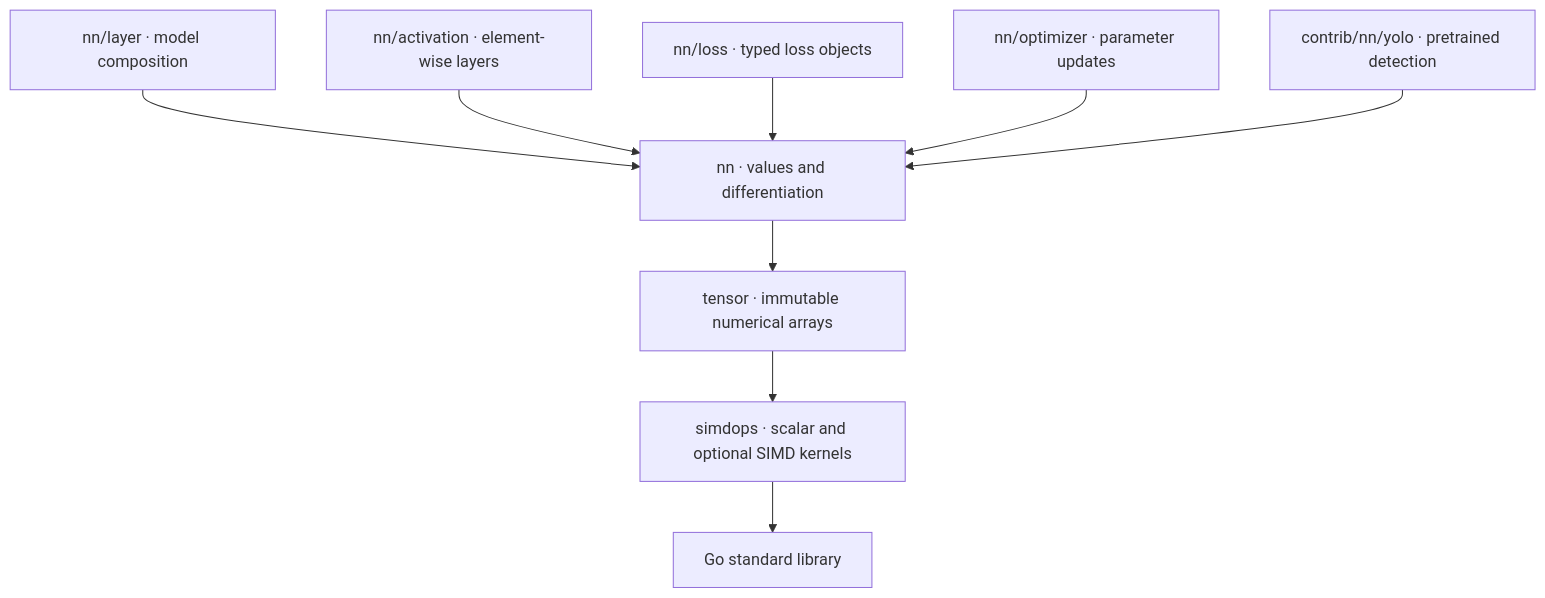
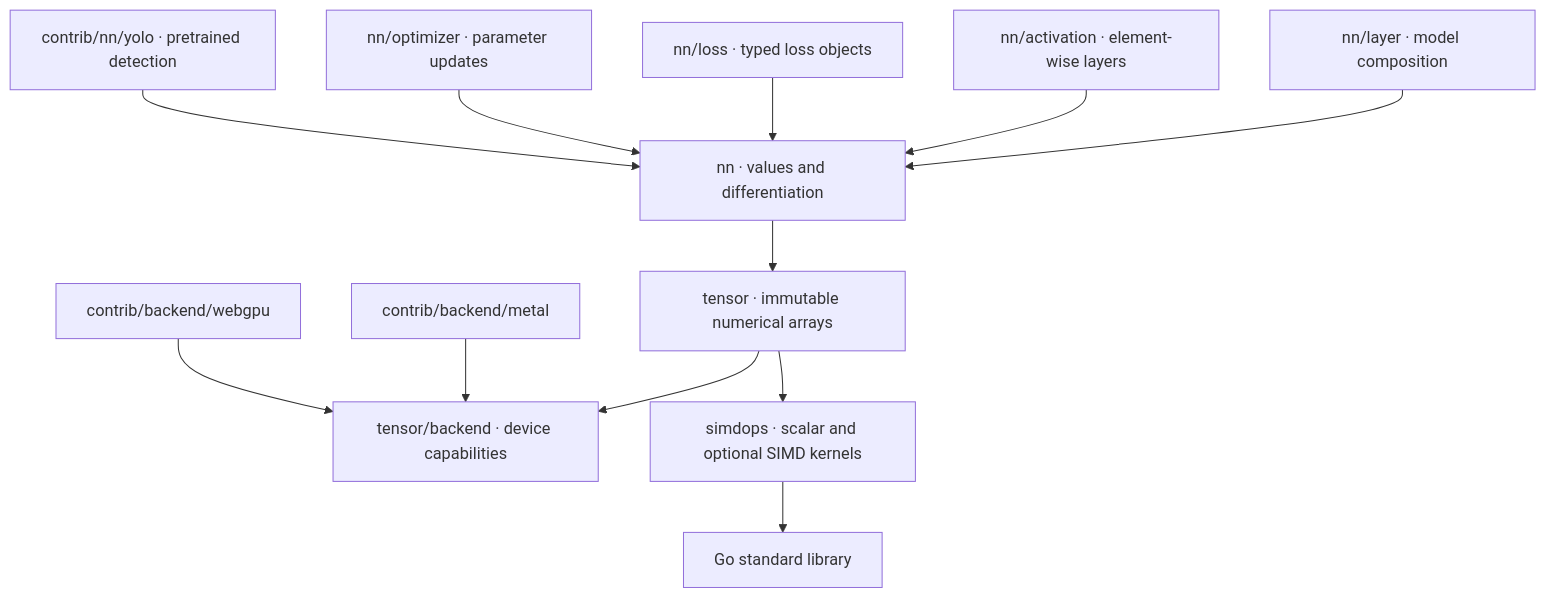
The diagram in README.md (bpradana/goml), drawn with Mermaid before and after one commit. The commit also changed other lines of this file and 16 other files, not shown here.

Commit message:
docs(webgpu): add backend guide logo and validation report

````diff
--- a/README.md
+++ b/README.md
@@ -140,11 +142,14 @@
 ```mermaid
 flowchart TD
     Layer["nn/layer · model composition"] --> NN["nn · values and differentiation"]
     Activation["nn/activation · element-wise layers"] --> NN
     Loss["nn/loss · typed loss objects"] --> NN
     Optimizer["nn/optimizer · parameter updates"] --> NN
     YOLO["contrib/nn/yolo · pretrained detection"] --> NN
     NN --> Tensor["tensor · immutable numerical arrays"]
+    Tensor --> Contract["tensor/backend · device capabilities"]
+    Metal["contrib/backend/metal"] --> Contract
+    WebGPU["contrib/backend/webgpu"] --> Contract
     Tensor --> SIMD["simdops · scalar and optional SIMD kernels"]
     SIMD --> Std["Go standard library"]
 ```
````
